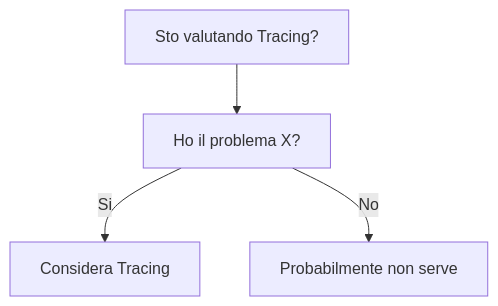
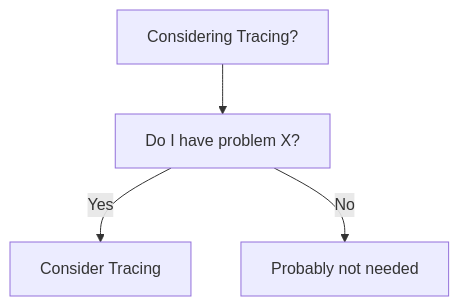
One commit to HxT9/Software-Dev-Wiki changed the diagram in dev-wiki/12_Observability/Tracing/When_To_Use.md. Above: the diagram before and after it, drawn with Mermaid. The commit also changed other lines of this file and 3444 other files, not shown here.

````diff
--- a/dev-wiki/12_Observability/Tracing/When_To_Use.md
+++ b/dev-wiki/12_Observability/Tracing/When_To_Use.md
@@ -19,6 +19,6 @@
 ```mermaid
 flowchart TD
-  Q[Sto valutando Tracing?] --> Q1[Ho il problema X?]
-  Q1 -->|Si| OK[Considera Tracing]
-  Q1 -->|No| NO[Probabilmente non serve]
+  Q[Considering Tracing?] --> Q1[Do I have problem X?]
+  Q1 -->|Yes| OK[Consider Tracing]
+  Q1 -->|No| NO[Probably not needed]
 ```
````
